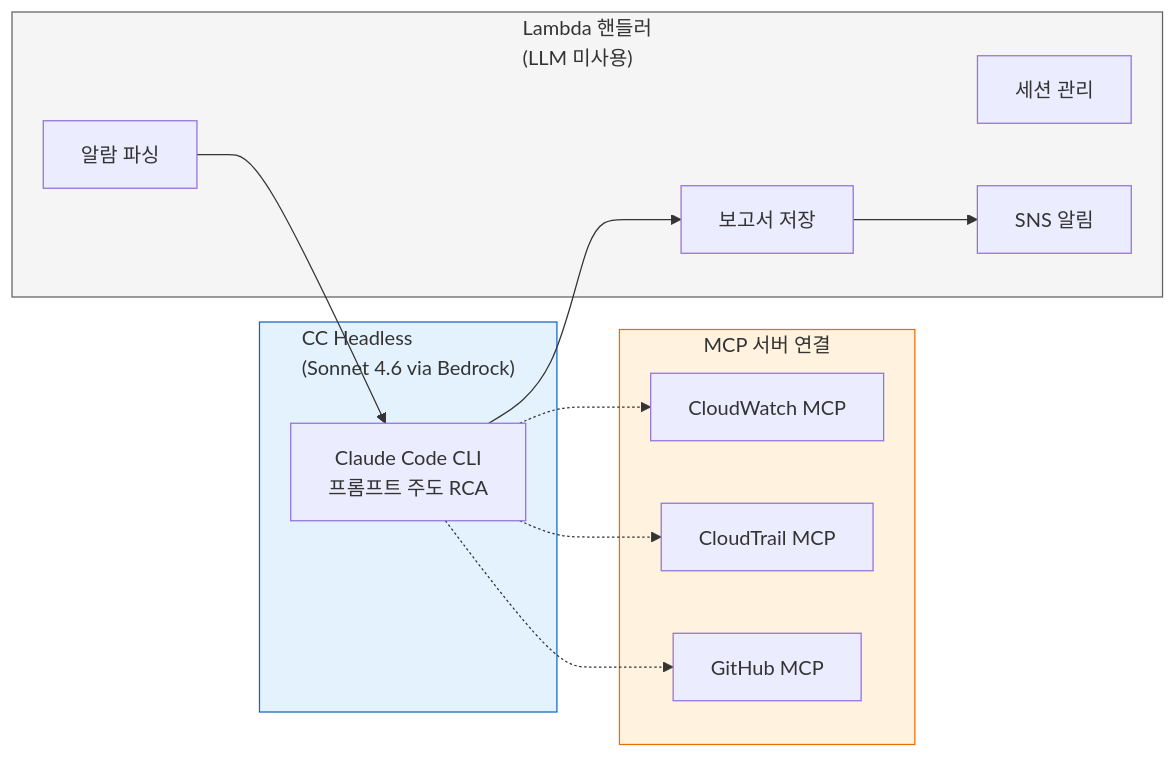
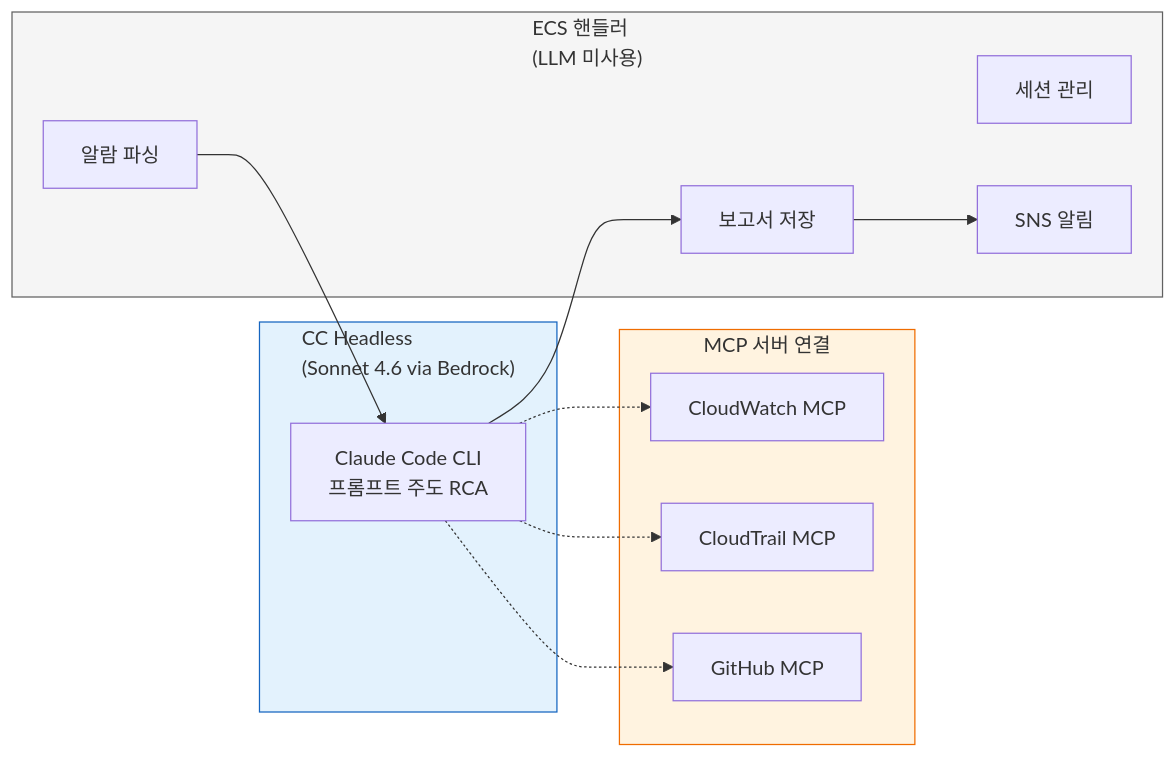
One commit to haandol/rca-agent changed the seventh of 7 diagrams in docs/architecture-and-demo-flow.md. Above: the diagram before and after it, drawn with Mermaid. The commit also changed other lines of this file and 2 other files, not shown here.

First line of the commit message:
docs: README 시크릿 설정·인프라 배포 섹션 추가, CC Headless Lambda→Fargate 반영

````diff
--- a/docs/architecture-and-demo-flow.md
+++ b/docs/architecture-and-demo-flow.md
@@ -475,28 +477,28 @@
 ```mermaid
 flowchart LR
     subgraph CCModel["CC Headless<br/>(Sonnet 4.6 via Bedrock)"]
         CC["Claude Code CLI<br/>프롬프트 주도 RCA"]
     end
 
     subgraph MCP["MCP 서버 연결"]
         CW["CloudWatch MCP"]
         CT["CloudTrail MCP"]
         GH["GitHub MCP"]
     end
 
-    subgraph Lambda["Lambda 핸들러<br/>(LLM 미사용)"]
+    subgraph Handler["ECS 핸들러<br/>(LLM 미사용)"]
         PARSE["알람 파싱"]
         SESSION["세션 관리"]
         REPORT_S["보고서 저장"]
         NOTIFY["SNS 알림"]
     end
 
     CC -.-> CW
     CC -.-> CT
     CC -.-> GH
     PARSE --> CC --> REPORT_S --> NOTIFY
 
     style CCModel fill:#e3f2fd,stroke:#1565c0
     style MCP fill:#fff3e0,stroke:#ef6c00
-    style Lambda fill:#f5f5f5,stroke:#616161
+    style Handler fill:#f5f5f5,stroke:#616161
 ```
````
